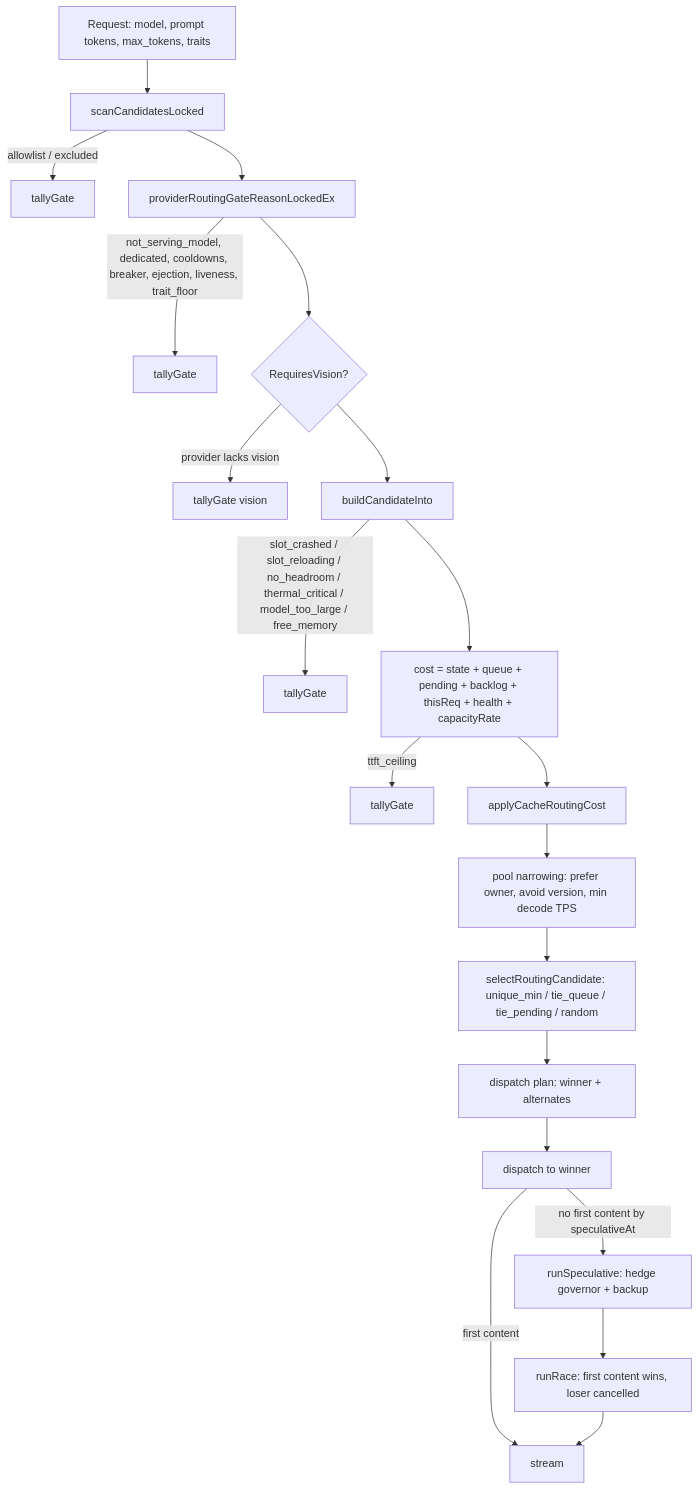
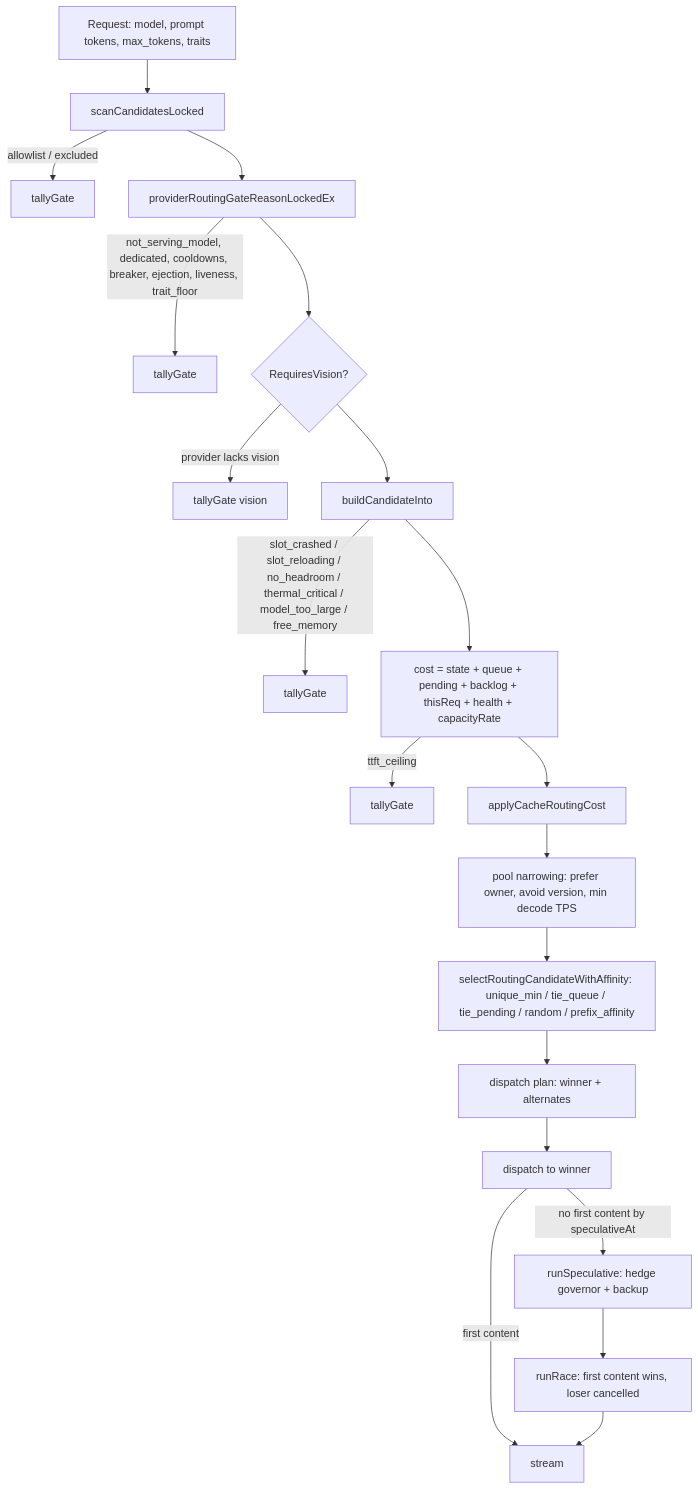
One commit to Layr-Labs/d-inference changed the diagram in docs/architecture/routing.md. Above: the diagram before and after it, drawn with Mermaid. The commit also changed other lines of this file and 10 other files, not shown here.

````diff
--- a/docs/architecture/routing.md
+++ b/docs/architecture/routing.md
@@ -72,22 +72,22 @@
 ```mermaid
 flowchart TD
     R[Request: model, prompt tokens, max_tokens, traits] --> S[scanCandidatesLocked]
     S -->|allowlist / excluded| X1[tallyGate]
     S --> G[providerRoutingGateReasonLockedEx]
     G -->|not_serving_model, dedicated, cooldowns, breaker, ejection, liveness, trait_floor| X2[tallyGate]
     G --> V{RequiresVision?}
     V -->|provider lacks vision| X3[tallyGate vision]
     V --> B[buildCandidateInto]
     B -->|slot_crashed / slot_reloading / no_headroom / thermal_critical / model_too_large / free_memory| X4[tallyGate]
     B --> C[cost = state + queue + pending + backlog + thisReq + health + capacityRate]
     C -->|ttft_ceiling| X5[tallyGate]
     C --> D[applyCacheRoutingCost]
     D --> P[pool narrowing: prefer owner, avoid version, min decode TPS]
-    P --> SEL[selectRoutingCandidate: unique_min / tie_queue / tie_pending / random]
+    P --> SEL[selectRoutingCandidateWithAffinity: unique_min / tie_queue / tie_pending / random / prefix_affinity]
     SEL --> PLAN[dispatch plan: winner + alternates]
     PLAN --> DISP[dispatch to winner]
     DISP -->|no first content by speculativeAt| H[runSpeculative: hedge governor + backup]
     H --> RACE[runRace: first content wins, loser cancelled]
     DISP -->|first content| OK[stream]
     RACE --> OK
 ```
````
